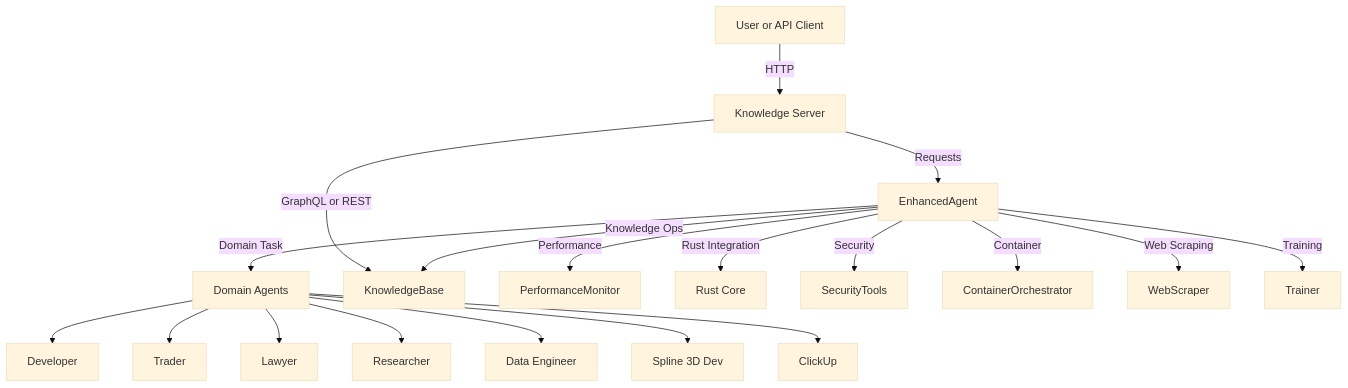
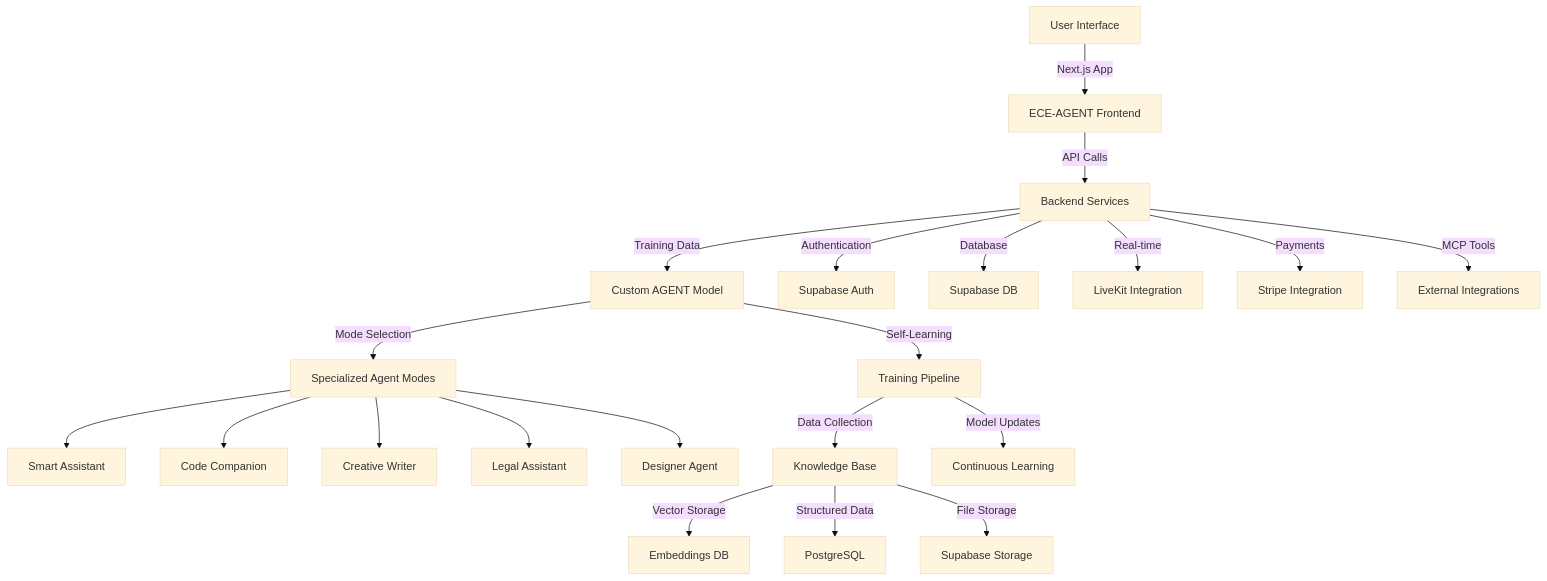
Before and after one commit to elicharlese/ECE-AGENT: the diagram in docs/architecture/overview.md, drawn with Mermaid (base theme). The commit also changed other lines of this file and 60 other files, not shown here.

````diff
--- a/docs/architecture/overview.md
+++ b/docs/architecture/overview.md
@@ -3,21 +3,26 @@
 ```mermaid
 graph TD
-    A[User or API Client] -->|HTTP| B[Knowledge Server]
-    B -->|Requests| C[EnhancedAgent]
-    C -->|Domain Task| D[Domain Agents]
-    D --> D1[Developer]
-    D --> D2[Trader]
-    D --> D3[Lawyer]
-    D --> D4[Researcher]
-    D --> D5[Data Engineer]
-    D --> D6[Spline 3D Dev]
-    D --> D7[ClickUp]
-    C -->|Knowledge Ops| E[KnowledgeBase]
-    B -->|GraphQL or REST| E
-    C -->|Performance| F[PerformanceMonitor]
-    C -->|Rust Integration| G[Rust Core]
-    C -->|Security| H[SecurityTools]
-    C -->|Container| I[ContainerOrchestrator]
-    C -->|Web Scraping| J[WebScraper]
-    C -->|Training| K[Trainer]
+    A[User Interface] -->|Next.js App| B[ECE-AGENT Frontend]
+    B -->|API Calls| C[Backend Services]
+    C -->|Training Data| D[Custom AGENT Model]
+    D -->|Mode Selection| E[Specialized Agent Modes]
+    E --> E1[Smart Assistant]
+    E --> E2[Code Companion]
+    E --> E3[Creative Writer]
+    E --> E4[Legal Assistant]
+    E --> E5[Designer Agent]
+    
+    D -->|Self-Learning| F[Training Pipeline]
+    F -->|Data Collection| G[Knowledge Base]
+    F -->|Model Updates| H[Continuous Learning]
+    
+    C -->|Authentication| I[Supabase Auth]
+    C -->|Database| J[Supabase DB]
+    C -->|Real-time| K[LiveKit Integration]
+    C -->|Payments| L[Stripe Integration]
+    C -->|MCP Tools| M[External Integrations]
+    
+    G -->|Vector Storage| N[Embeddings DB]
+    G -->|Structured Data| O[PostgreSQL]
+    G -->|File Storage| P[Supabase Storage]
 ```
````
